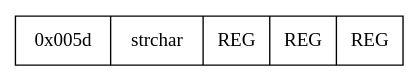
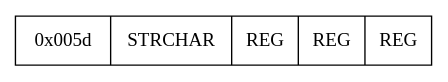
Before and after one commit to adesutherland/CREXX: the diagram in docs/books/crexx_vm_spec/0x005d.gv, drawn with Graphviz. The commit also changed 528 other files, not shown here.

```diff
--- a/docs/books/crexx_vm_spec/0x005d.gv
+++ b/docs/books/crexx_vm_spec/0x005d.gv
@@ -1,4 +1,4 @@
 digraph regs {
 node[shape=record]
-struct1 [label="0x005d|strchar    |   REG|REG|REG         "];
+struct1 [label="0x005d|STRCHAR    |   REG|REG|REG         "];
 }
```
